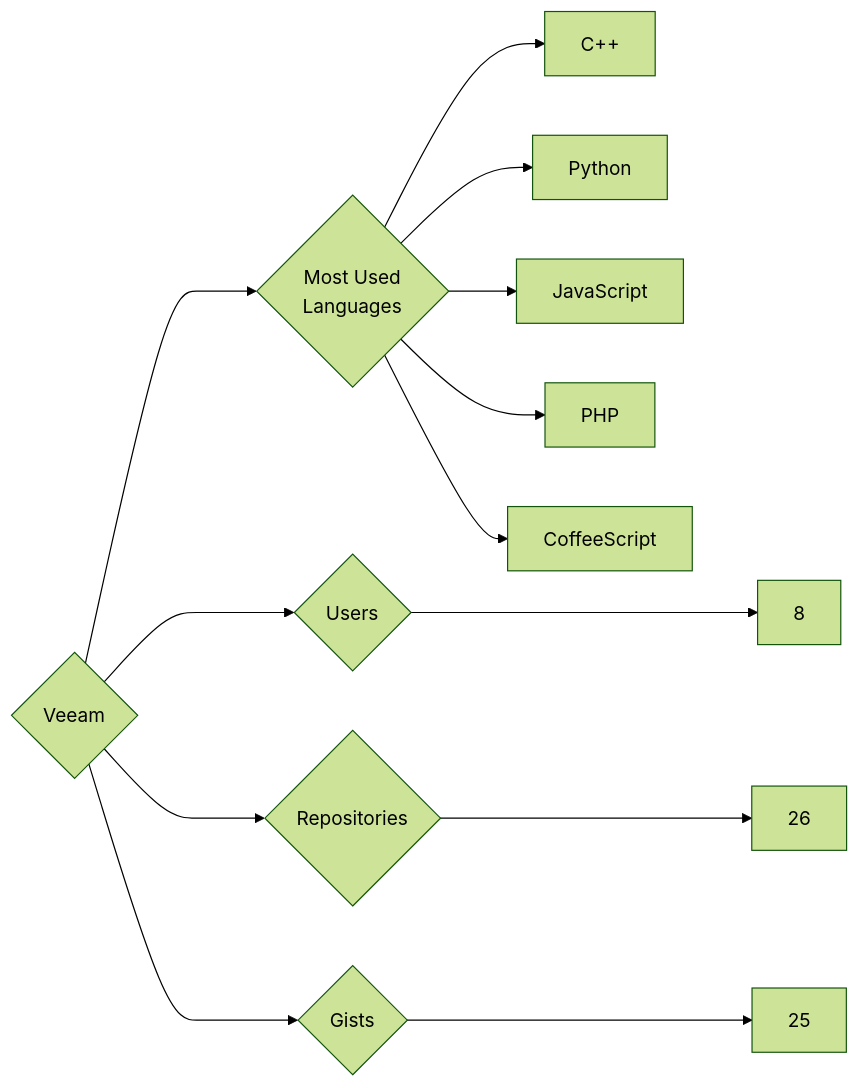
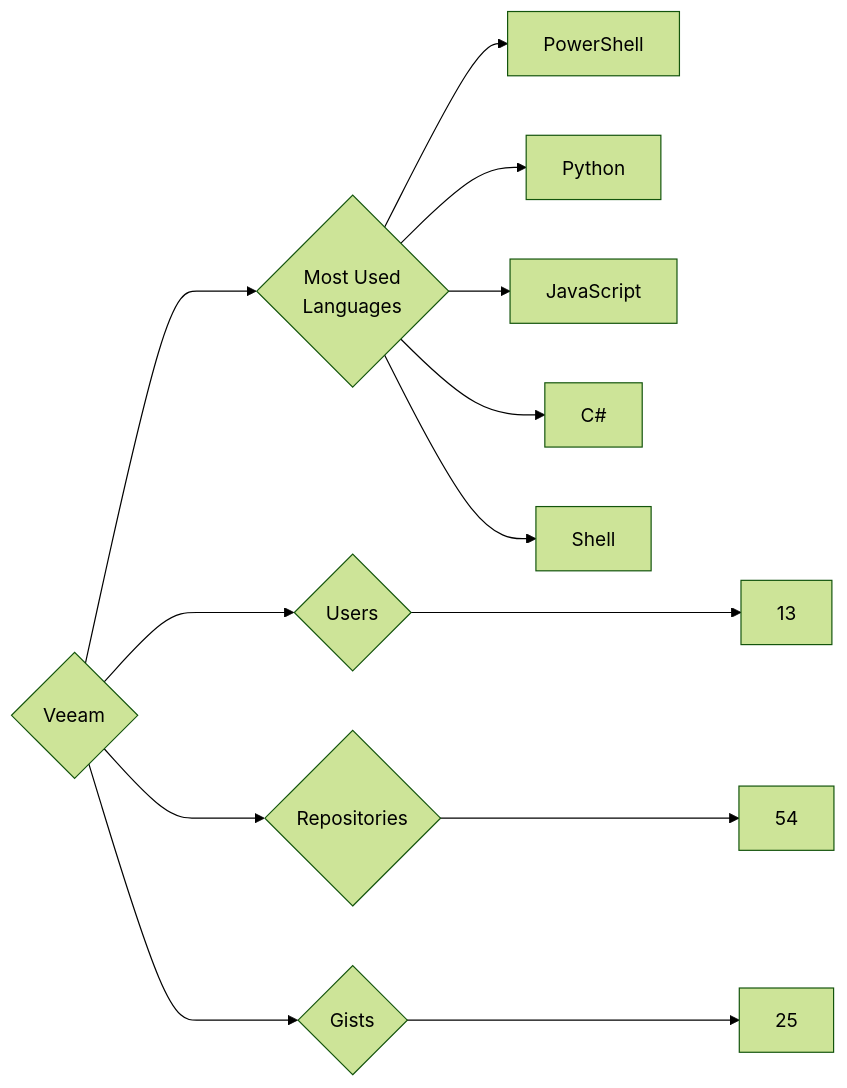
Before and after one commit to trickest/insiders: the diagram in targets/Veeam/README.md, drawn with Mermaid (forest theme). The commit also changed 796 other files, not shown here.

````diff
--- a/targets/Veeam/README.md
+++ b/targets/Veeam/README.md
@@ -3,13 +3,13 @@
 ```mermaid
 graph LR
 COMPANY_NAME{Veeam}
-COMPANY_NAME ---> U{Users} ---> UN[8]
-COMPANY_NAME ---> R{Repositories} ---> RN[26]
+COMPANY_NAME ---> U{Users} ---> UN[13]
+COMPANY_NAME ---> R{Repositories} ---> RN[54]
 COMPANY_NAME ---> G{Gists} ---> GN[25]
 COMPANY_NAME ---> ML{Most Used<br>Languages}
-ML --> C++[C++]
+ML --> PowerShell[PowerShell]
 ML --> Python[Python]
 ML --> JavaScript[JavaScript]
-ML --> PHP[PHP]
-ML --> CoffeeScript[CoffeeScript]
+ML --> C#[C#]
+ML --> Shell[Shell]
 ```
````
